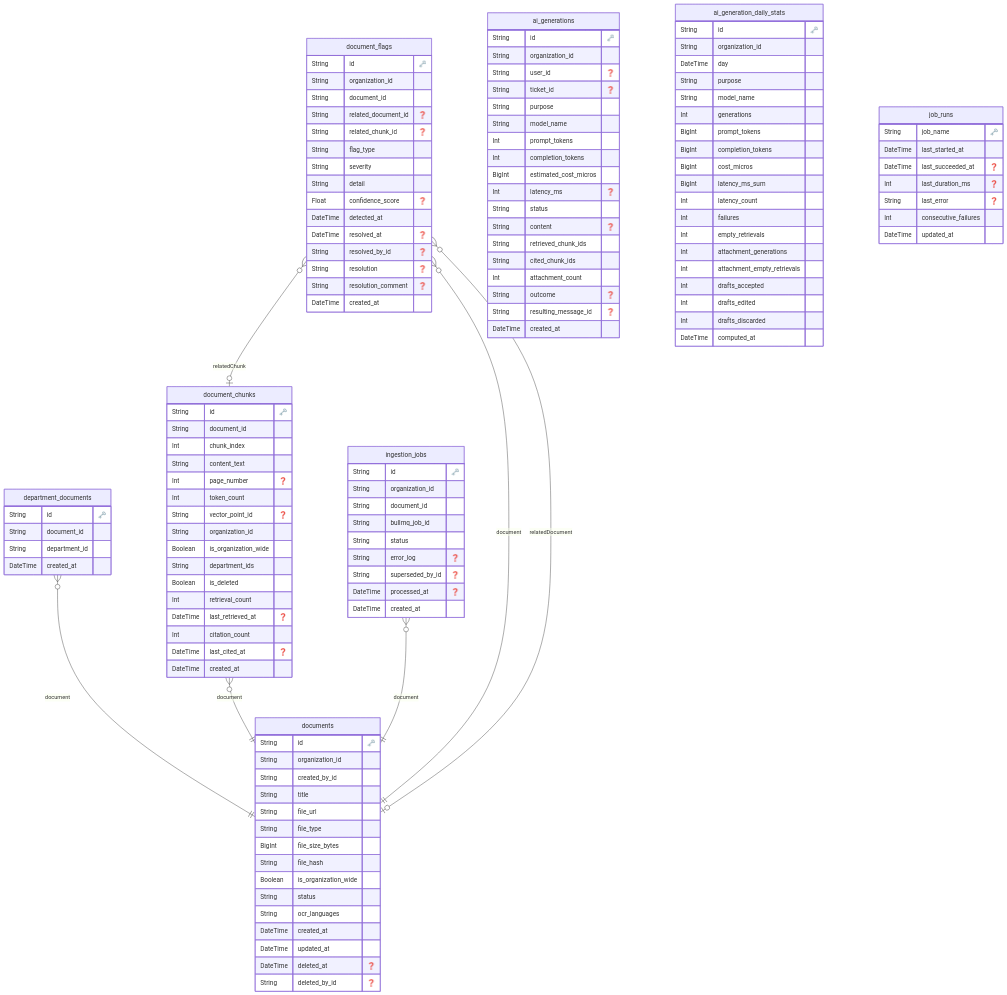
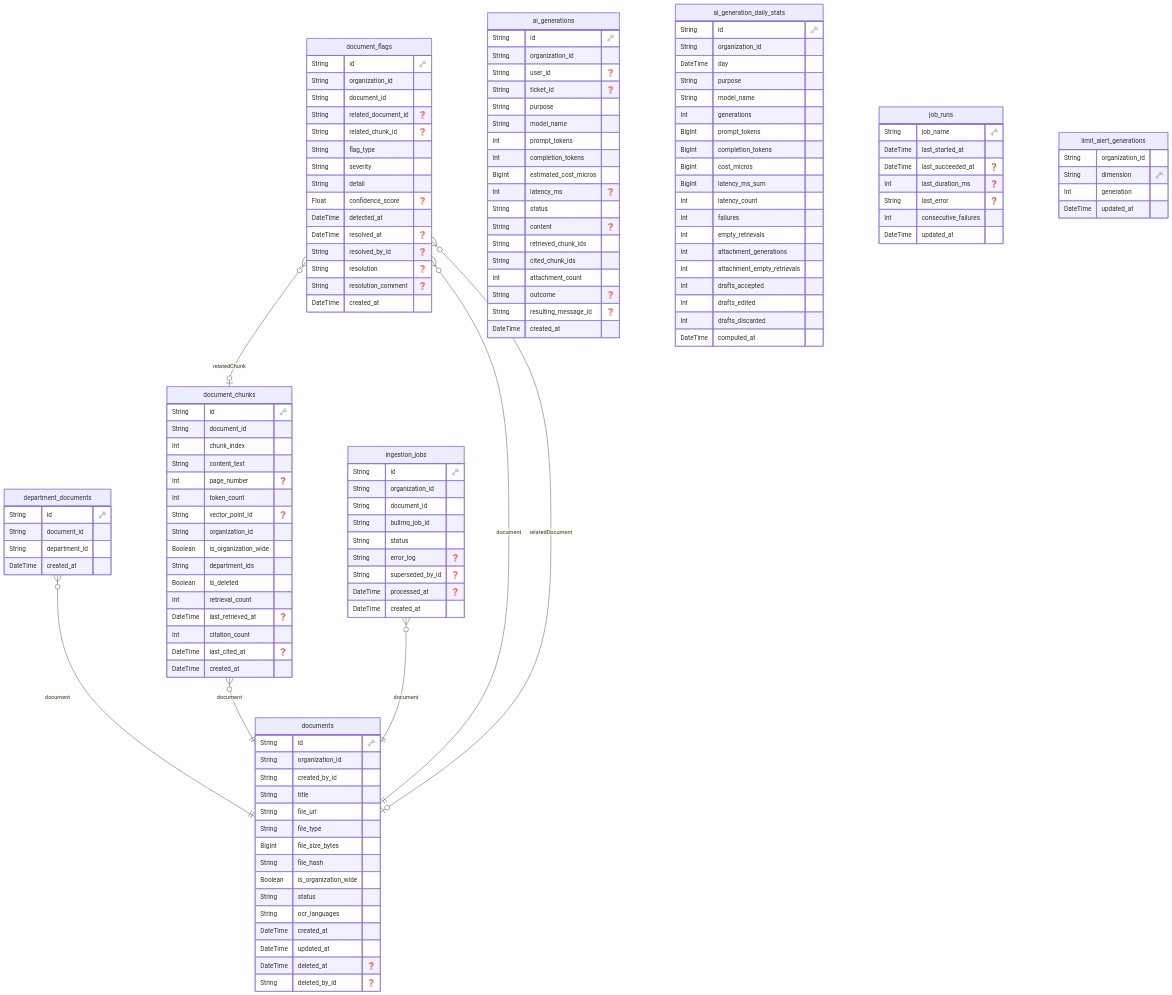
The diagram in docs/reference/erd/ingestion-service.md (dungtq2k5/synapse-desk), drawn with Mermaid before and after one commit. The commit also changed 61 other files, not shown here.

```diff
--- a/docs/reference/erd/ingestion-service.md
+++ b/docs/reference/erd/ingestion-service.md
@@ -135,6 +135,14 @@
     DateTime updated_at 
     }
   
+
+  "limit_alert_generations" {
+    String organization_id 
+    String dimension "🗝️"
+    Int generation 
+    DateTime updated_at 
+    }
+  
     "department_documents" }o--|| documents : "document"
     "document_chunks" }o--|| documents : "document"
     "ingestion_jobs" }o--|| documents : "document"
```
